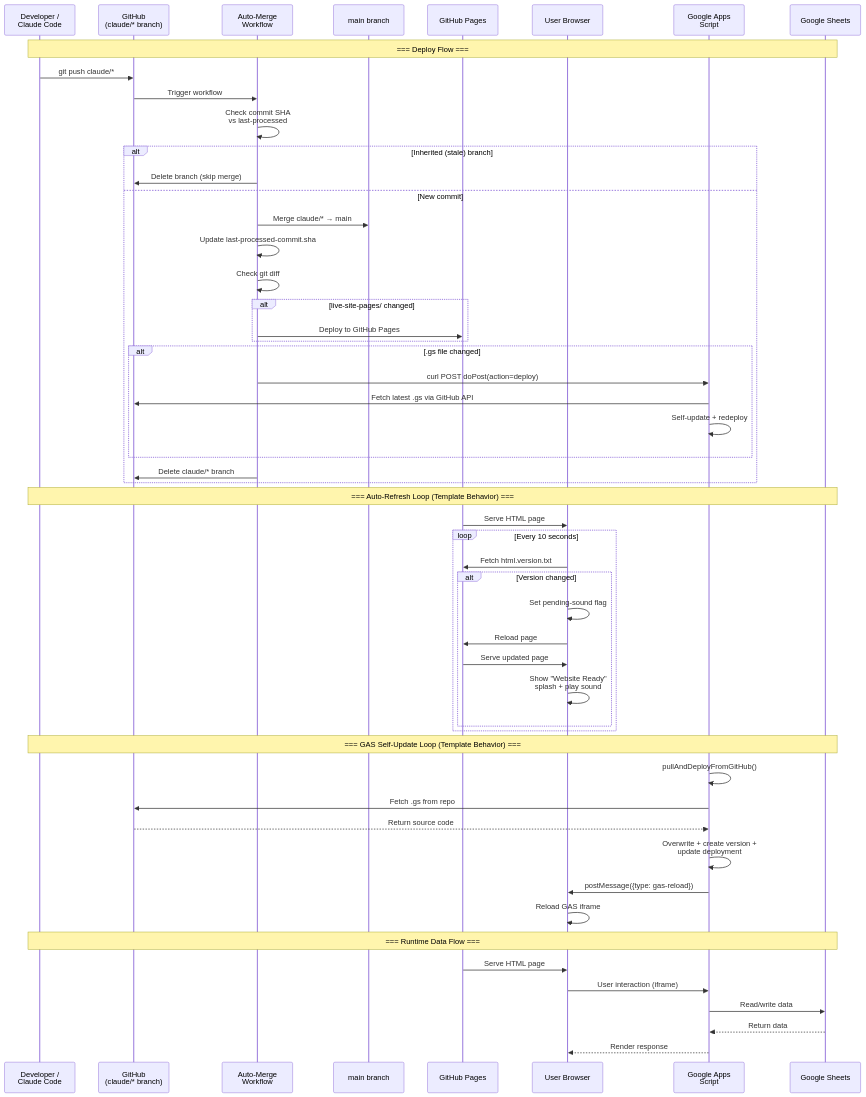
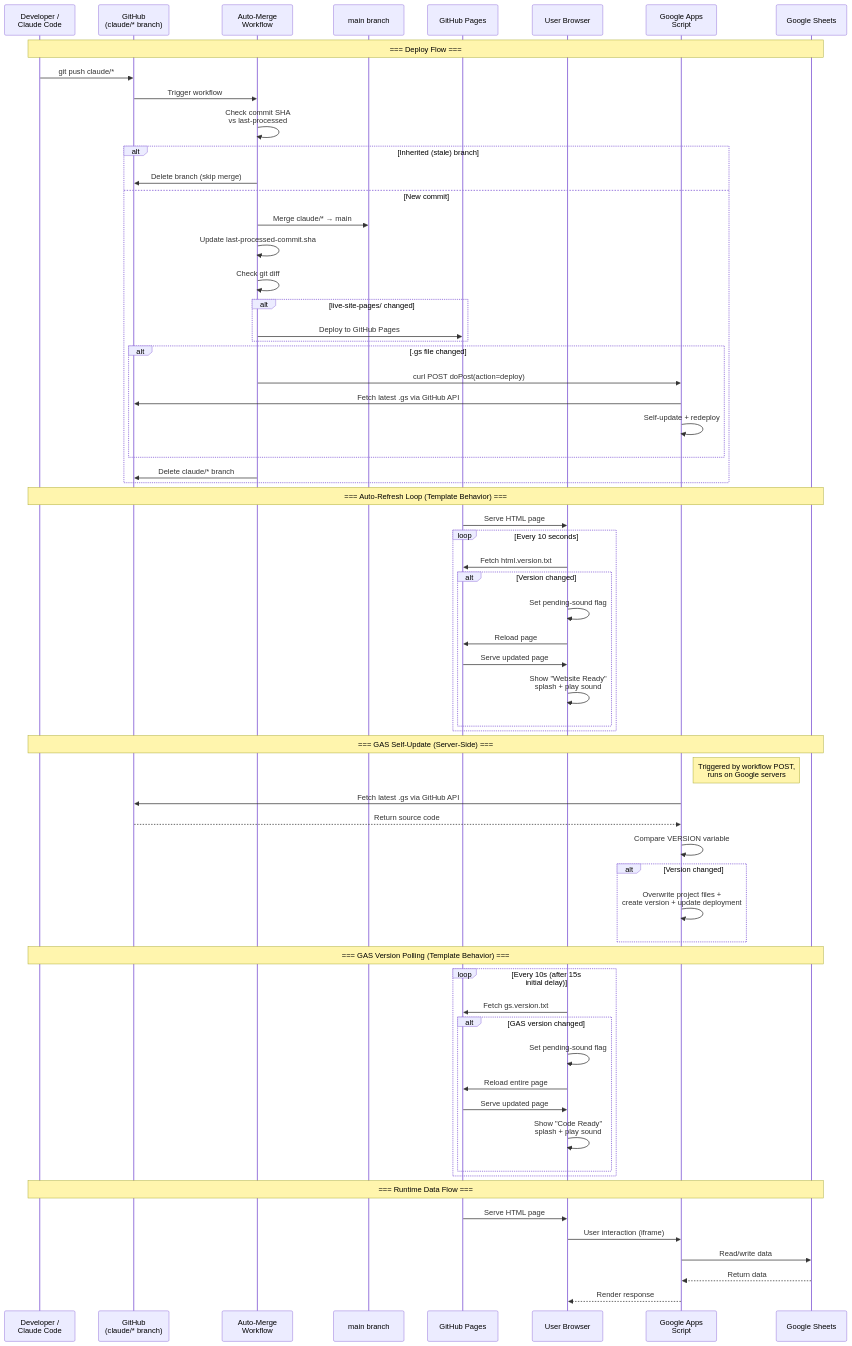
Before and after one commit to ShadowAISolutions/saistemplateprojectrepo: the second of 7 diagrams in repository-information/REPO-ARCHITECTURE.md, drawn with Mermaid. The commit also changed other lines of this file and 3 other files, not shown here.

First line of the commit message:
v02.04r Fix inaccurate GAS self-update flow in sequence diagram

````diff
--- a/repository-information/REPO-ARCHITECTURE.md
+++ b/repository-information/REPO-ARCHITECTURE.md
@@ -122,63 +122,76 @@
 ```mermaid
 sequenceDiagram
     participant Dev as Developer /<br/>Claude Code
     participant GH as GitHub<br/>(claude/* branch)
     participant WF as Auto-Merge<br/>Workflow
     participant Main as main branch
     participant Pages as GitHub Pages
     participant Browser as User Browser
     participant GAS as Google Apps<br/>Script
     participant Sheets as Google Sheets
 
     Note over Dev,Sheets: === Deploy Flow ===
 
     Dev->>GH: git push claude/*
     GH->>WF: Trigger workflow
     WF->>WF: Check commit SHA<br/>vs last-processed
     alt Inherited (stale) branch
         WF->>GH: Delete branch (skip merge)
     else New commit
         WF->>Main: Merge claude/* → main
         WF->>WF: Update last-processed-commit.sha
         WF->>WF: Check git diff
         alt live-site-pages/ changed
             WF->>Pages: Deploy to GitHub Pages
         end
         alt .gs file changed
             WF->>GAS: curl POST doPost(action=deploy)
             GAS->>GH: Fetch latest .gs via GitHub API
             GAS->>GAS: Self-update + redeploy
         end
         WF->>GH: Delete claude/* branch
     end
 
     Note over Dev,Sheets: === Auto-Refresh Loop (Template Behavior) ===
 
     Pages->>Browser: Serve HTML page
     loop Every 10 seconds
         Browser->>Pages: Fetch html.version.txt
         alt Version changed
             Browser->>Browser: Set pending-sound flag
             Browser->>Pages: Reload page
             Pages->>Browser: Serve updated page
             Browser->>Browser: Show "Website Ready"<br/>splash + play sound
         end
     end
 
-    Note over Dev,Sheets: === GAS Self-Update Loop (Template Behavior) ===
+    Note over Dev,Sheets: === GAS Self-Update (Server-Side) ===
 
-    GAS->>GAS: pullAndDeployFromGitHub()
-    GAS->>GH: Fetch .gs from repo
+    Note right of GAS: Triggered by workflow POST,<br/>runs on Google servers
+    GAS->>GH: Fetch latest .gs via GitHub API
     GH-->>GAS: Return source code
-    GAS->>GAS: Overwrite + create version +<br/>update deployment
-    GAS->>Browser: postMessage({type: gas-reload})
-    Browser->>Browser: Reload GAS iframe
+    GAS->>GAS: Compare VERSION variable
+    alt Version changed
+        GAS->>GAS: Overwrite project files +<br/>create version + update deployment
+    end
+
+    Note over Dev,Sheets: === GAS Version Polling (Template Behavior) ===
+
+    loop Every 10s (after 15s initial delay)
+        Browser->>Pages: Fetch gs.version.txt
+        alt GAS version changed
+            Browser->>Browser: Set pending-sound flag
+            Browser->>Pages: Reload entire page
+            Pages->>Browser: Serve updated page
+            Browser->>Browser: Show "Code Ready"<br/>splash + play sound
+        end
+    end
 
     Note over Dev,Sheets: === Runtime Data Flow ===
 
     Pages->>Browser: Serve HTML page
     Browser->>GAS: User interaction (iframe)
     GAS->>Sheets: Read/write data
     Sheets-->>GAS: Return data
     GAS-->>Browser: Render response
 ```
````
